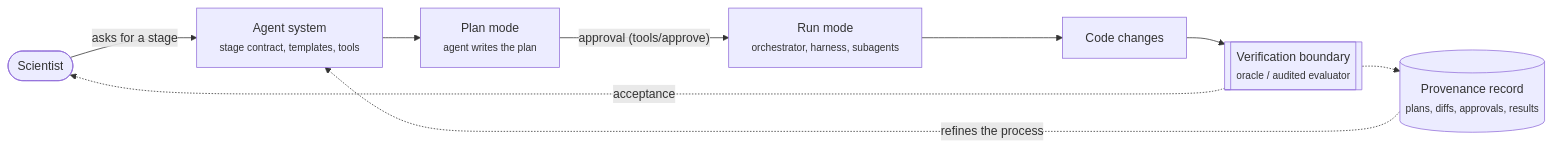
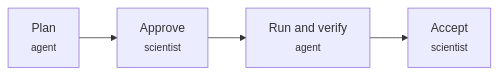
Before and after one commit to akashdhruv/HPC-Lab-SC26: the second of 2 diagrams in README.md, drawn with Mermaid. The commit also changed other lines of this file, not shown here.

````diff
--- a/README.md
+++ b/README.md
@@ -51,15 +35,4 @@
 ```mermaid
 flowchart LR
-  SCI(["Scientist"])
-  AS["Agent system<br/><small>stage contract, templates, tools</small>"]
-  P["Plan mode<br/><small>agent writes the plan</small>"]
-  R["Run mode<br/><small>orchestrator, harness, subagents</small>"]
-  CH["Code changes"]
-  VB[["Verification boundary<br/><small>oracle / audited evaluator</small>"]]
-  PR[("Provenance record<br/><small>plans, diffs, approvals, results</small>")]
-  SCI -- asks for a stage --> AS --> P
-  P -- "approval (tools/approve)" --> R --> CH --> VB
-  VB -. acceptance .-> SCI
-  VB -.-> PR
-  PR -. refines the process .-> AS
+  P["Plan<br/><small>agent</small>"] --> A["Approve<br/><small>scientist</small>"] --> R["Run and verify<br/><small>agent</small>"] --> K["Accept<br/><small>scientist</small>"]
 ```
````
